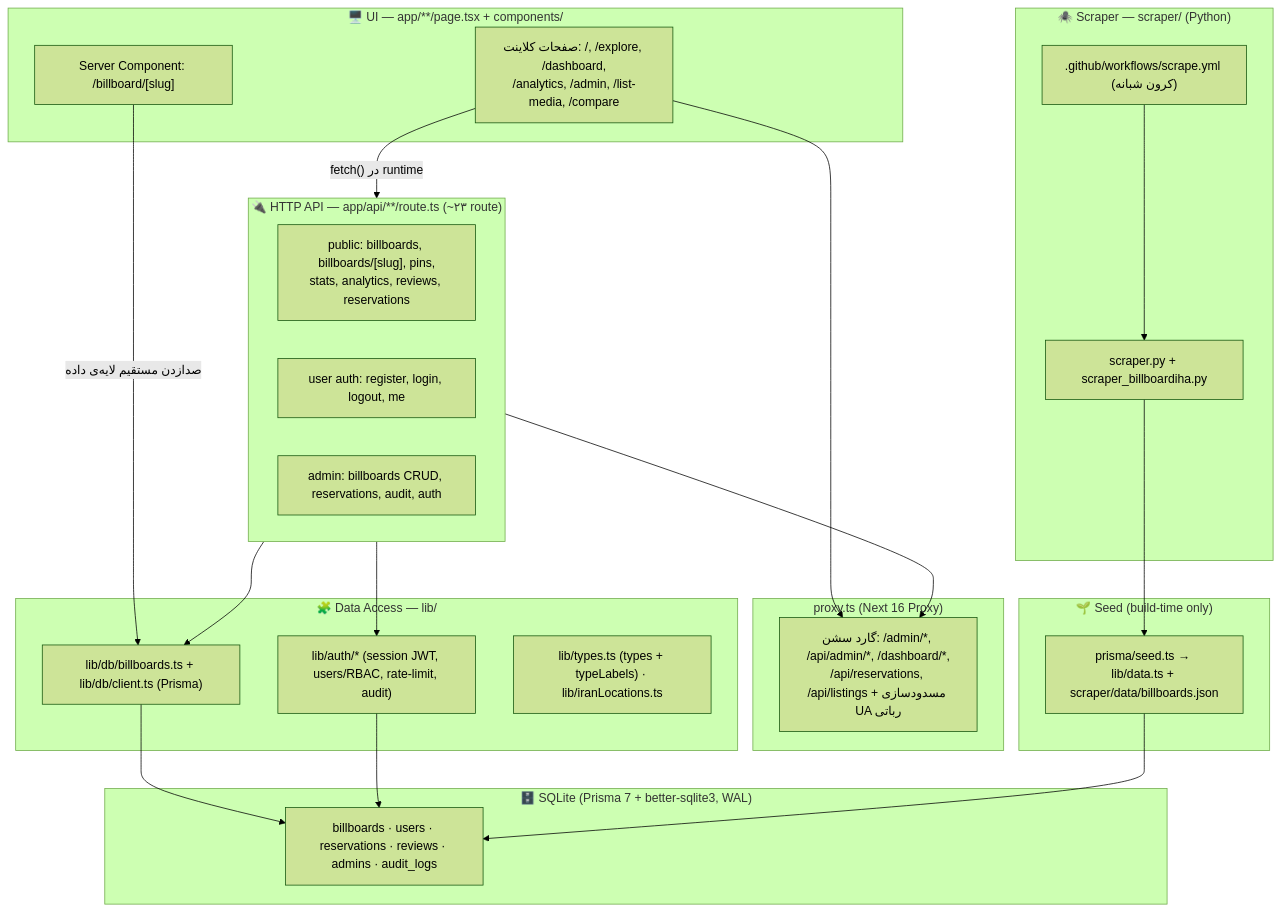
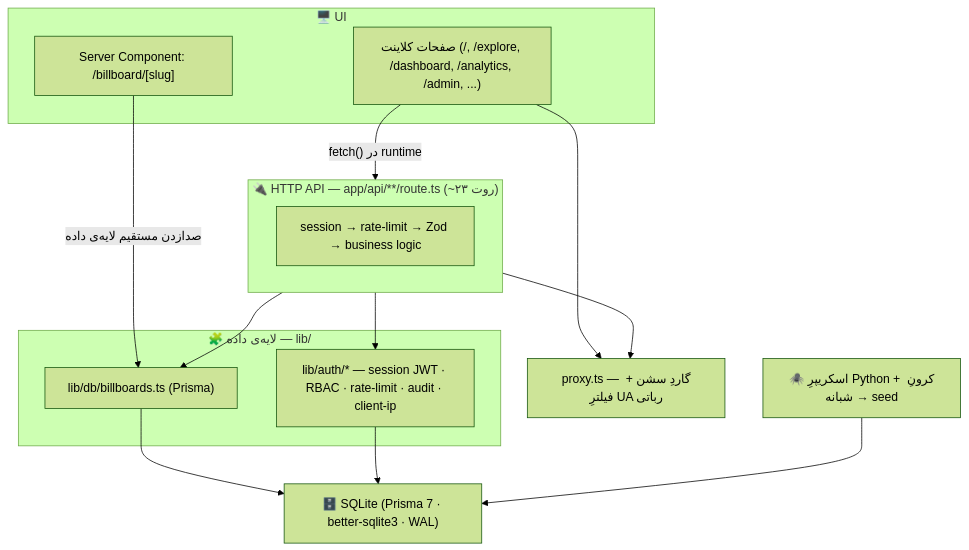
One commit to alireza-zareian/Rasamap-Repository changed the diagram in README.md. Above: the diagram before and after it, drawn with Mermaid (forest theme). The commit also changed other lines of this file and 2 other files, not shown here.

First line of the commit message:
README rewrite (narrative) + SQLite/Prisma rationale

````diff
--- a/README.md
+++ b/README.md
@@ -78,48 +101,27 @@
 ```mermaid
 flowchart TB
-    subgraph UI["🖥️ UI — app/**/page.tsx + components/"]
-        Client["صفحات کلاینت: /, /explore, /dashboard,<br/>/analytics, /admin, /list-media, /compare"]
+    subgraph UI["🖥️ UI"]
+        Client["صفحات کلاینت (/, /explore, /dashboard, /analytics, /admin, ...)"]
         RSC["Server Component: /billboard/[slug]"]
     end
-
-    subgraph API["🔌 HTTP API — app/api/**/route.ts (~۲۳ route)"]
-        Pub["public: billboards, billboards/[slug], pins,<br/>stats, analytics, reviews, reservations"]
-        UsrAuth["user auth: register, login, logout, me"]
-        Adm["admin: billboards CRUD, reservations, audit, auth"]
+    subgraph API["🔌 HTTP API — app/api/**/route.ts (~۲۳ روت)"]
+        Routes["session → rate-limit → Zod → business logic"]
     end
-
-    subgraph MW["proxy.ts (Next 16 Proxy)"]
-        Guard["گارد سشن: /admin/*, /api/admin/*, /dashboard/*,<br/>/api/reservations, /api/listings + مسدودسازی UA رباتی"]
+    MW["proxy.ts — گاردِ سشن + فیلترِ UA رباتی"]
+    subgraph DA["🧩 لایه‌ی داده — lib/"]
+        DB["lib/db/billboards.ts (Prisma)"]
+        AuthLib["lib/auth/* — session JWT · RBAC · rate-limit · audit · client-ip"]
     end
-
-    subgraph DA["🧩 Data Access — lib/"]
-        DB["lib/db/billboards.ts + lib/db/client.ts (Prisma)"]
-        AuthLib["lib/auth/* (session JWT, users/RBAC, rate-limit, audit)"]
-        Types["lib/types.ts (types + typeLabels) · lib/iranLocations.ts"]
-    end
-
-    subgraph STORE["🗄️ SQLite (Prisma 7 + better-sqlite3, WAL)"]
-        Tables["billboards · users · reservations · reviews · admins · audit_logs"]
-    end
-
-    subgraph SEED["🌱 Seed (build-time only)"]
-        DataTs["prisma/seed.ts → lib/data.ts + scraper/data/billboards.json"]
-    end
-
-    subgraph SCR["🕷️ Scraper — scraper/ (Python)"]
-        Orchestrator["scraper.py + scraper_billboardiha.py"]
-        CI[".github/workflows/scrape.yml (کرون شبانه)"]
-    end
+    STORE["🗄️ SQLite (Prisma 7 · better-sqlite3 · WAL)"]
+    SCR["🕷️ اسکریپرِ Python + کرونِ شبانه → seed"]
 
     Client -- "fetch() در runtime" --> API
     RSC -- "صدازدن مستقیم لایه‌ی داده" --> DB
-    API --> Guard
-    Client --> Guard
+    Client --> MW
+    API --> MW
     API --> DB
     API --> AuthLib
-    DB --> Tables
-    AuthLib --> Tables
-    DataTs --> Tables
-    Orchestrator --> DataTs
-    CI --> Orchestrator
+    DB --> STORE
+    AuthLib --> STORE
+    SCR --> STORE
 ```
````
